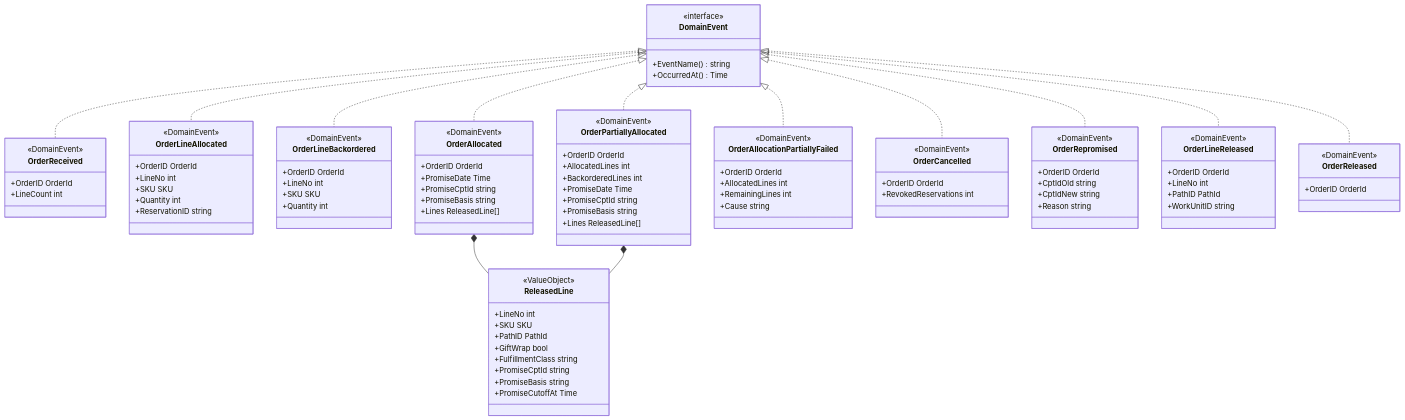
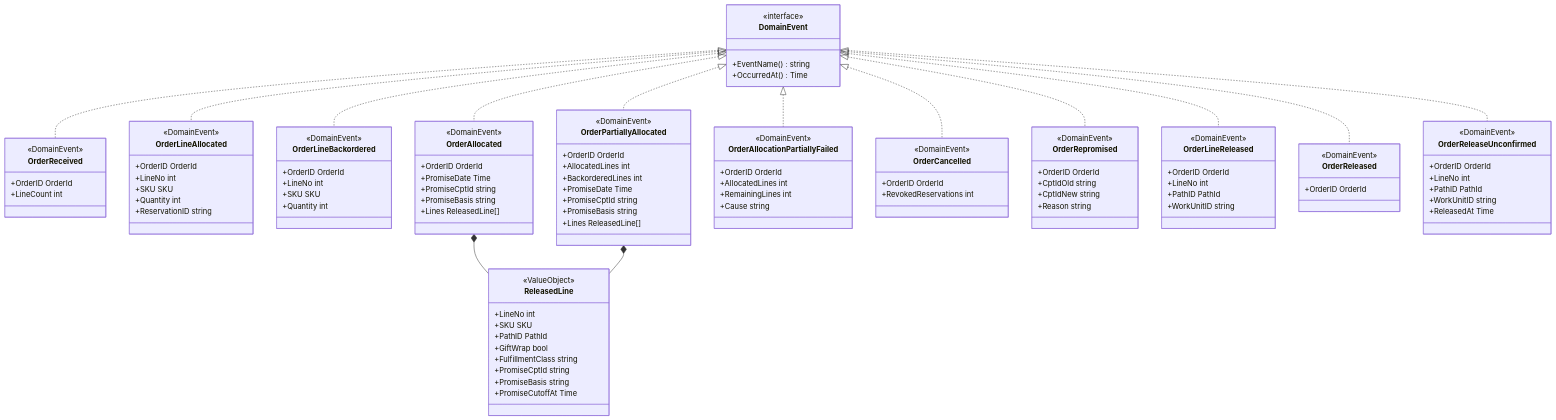
The fourth of 6 diagrams in docs/contexts/order-management/class-diagram.md (IQVO/warehouse-docs), drawn with Mermaid before and after one commit. The commit also changed other lines of this file and 53 other files, not shown here.

````diff
--- a/docs/contexts/order-management/class-diagram.md
+++ b/docs/contexts/order-management/class-diagram.md
@@ -370,6 +417,14 @@
     <<DomainEvent>>
     +OrderID OrderId
   }
+  class OrderReleaseUnconfirmed {
+    <<DomainEvent>>
+    +OrderID OrderId
+    +LineNo int
+    +PathID PathId
+    +WorkUnitID string
+    +ReleasedAt Time
+  }
 
   DomainEvent <|.. OrderReceived
   DomainEvent <|.. OrderLineAllocated
@@ -381,6 +436,7 @@
   DomainEvent <|.. OrderRepromised
   DomainEvent <|.. OrderLineReleased
   DomainEvent <|.. OrderReleased
+  DomainEvent <|.. OrderReleaseUnconfirmed
   OrderAllocated *-- ReleasedLine
   OrderPartiallyAllocated *-- ReleasedLine
 ```
````
